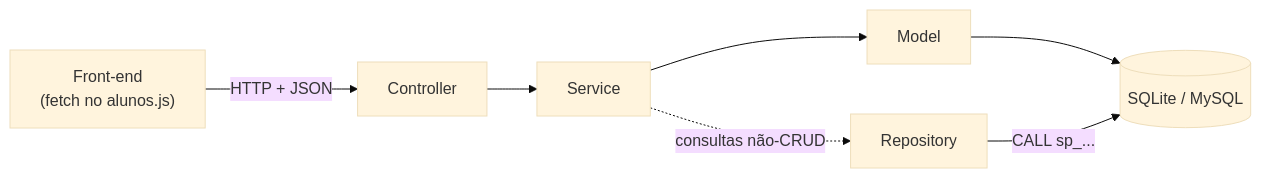
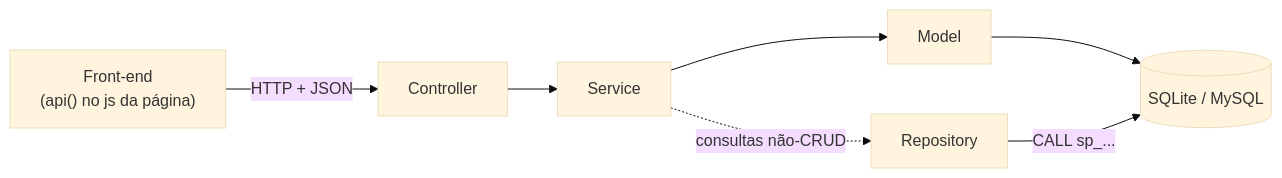
Before and after one commit to davimoraes678/Projeto-Cantina: the first of 2 diagrams in backend/README.md, drawn with Mermaid (base theme). The commit also changed other lines of this file and 19 other files, not shown here.

First line of the commit message:
Divide o JavaScript em um arquivo por página e simplifica o front-end

````diff
--- a/backend/README.md
+++ b/backend/README.md
@@ -20,9 +20,9 @@
 ```mermaid
 flowchart LR
-    F["Front-end<br/>(fetch no alunos.js)"] -->|"HTTP + JSON"| C["Controller"]
+    F["Front-end<br/>(api() no js da página)"] -->|"HTTP + JSON"| C["Controller"]
     C --> S["Service"]
     S --> M["Model"]
     S -.->|"consultas não-CRUD"| R["Repository"]
     M --> DB[("SQLite / MySQL")]
     R -->|"CALL sp_..."| DB
 ```
````
